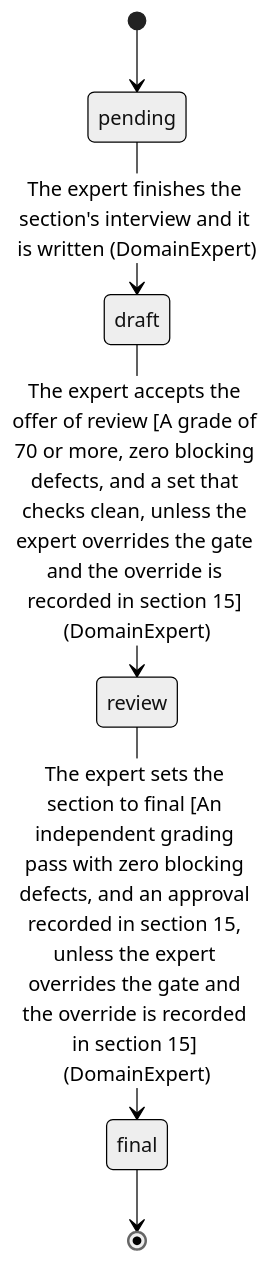
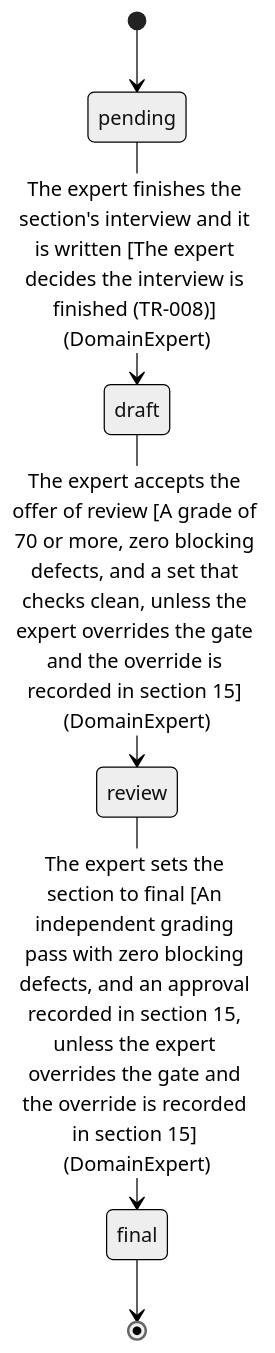
One commit to SpillwaveSolutions/prd-forge changed the diagram in docs/prd/prd-forge/diagrams/LC-001.mmd. Above: the diagram before and after it, drawn with Mermaid (neutral theme). The commit also changed 49 other files, not shown here.

```diff
--- a/docs/prd/prd-forge/diagrams/LC-001.mmd
+++ b/docs/prd/prd-forge/diagrams/LC-001.mmd
@@ -1,11 +1,11 @@
 %% Generated by prd-diagrams.mjs from the scenarios front matter. Do not edit.
 stateDiagram-v2
   state "pending" as s0
   state "draft" as s1
   state "review" as s2
   state "final" as s3
   [*] --> s0
-  s0 --> s1 : The expert finishes the section's interview and it is written (DomainExpert)
+  s0 --> s1 : The expert finishes the section's interview and it is written [The expert decides the interview is finished (TR-008)] (DomainExpert)
   s1 --> s2 : The expert accepts the offer of review [A grade of 70 or more, zero blocking defects, and a set that checks clean, unless the expert overrides the gate and the override is recorded in section 15] (DomainExpert)
   s2 --> s3 : The expert sets the section to final [An independent grading pass with zero blocking defects, and an approval recorded in section 15, unless the expert overrides the gate and the override is recorded in section 15] (DomainExpert)
   s3 --> [*]
```
